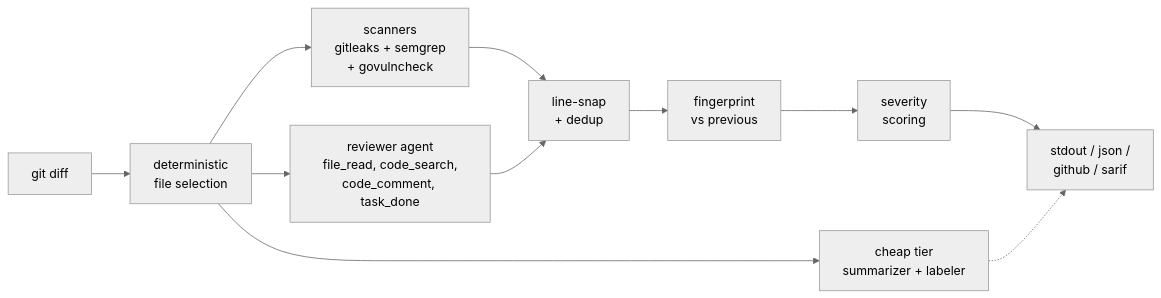
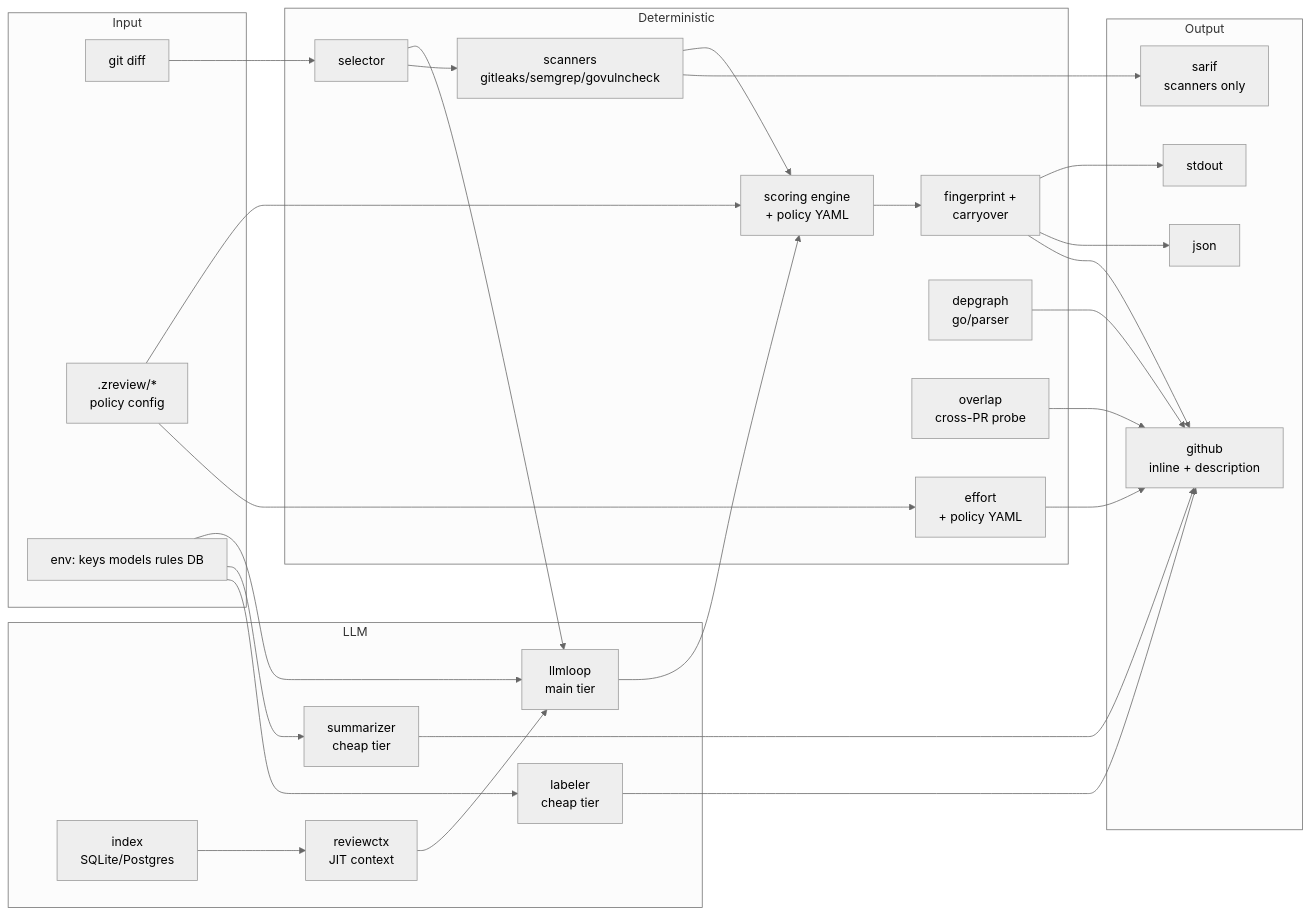
Before and after one commit to shubam-disseqt/shubam-ai-code-reviewer: the first of 3 diagrams in README.md, drawn with Mermaid (neutral theme). The commit also changed other lines of this file, not shown here.

````diff
--- a/README.md
+++ b/README.md
@@ -38,13 +125,52 @@
 ```mermaid
 flowchart LR
-  A[git diff] --> B[deterministic<br/>file selection]
-  B --> C[scanners<br/>gitleaks + semgrep<br/>+ govulncheck]
-  B --> D[cheap tier<br/>summarizer + labeler]
-  B --> E[reviewer agent<br/>file_read, code_search,<br/>code_comment, task_done]
-  C --> F[line-snap<br/>+ dedup]
-  E --> F
-  F --> G[fingerprint<br/>vs previous]
-  G --> H[severity<br/>scoring]
-  H --> I[stdout / json /<br/>github / sarif]
-  D -.-> I
+  subgraph Input
+    A1[git diff]
+    A2[.zreview/*<br/>policy config]
+    A3[env: keys models rules DB]
+  end
+
+  subgraph Deterministic
+    B1[selector]
+    B2[scanners<br/>gitleaks/semgrep/govulncheck]
+    B3[scoring engine<br/>+ policy YAML]
+    B4[fingerprint +<br/>carryover]
+    B5[effort<br/>+ policy YAML]
+    B6[depgraph<br/>go/parser]
+    B7[overlap<br/>cross-PR probe]
+  end
+
+  subgraph LLM
+    C1[llmloop<br/>main tier]
+    C2[summarizer<br/>cheap tier]
+    C3[labeler<br/>cheap tier]
+    C4[index<br/>SQLite/Postgres]
+    C5[reviewctx<br/>JIT context]
+  end
+
+  subgraph Output
+    D1[stdout]
+    D2[json]
+    D3[github<br/>inline + description]
+    D4[sarif<br/>scanners only]
+  end
+
+  A1 --> B1 --> C1
+  A2 --> B3
+  A2 --> B5
+  A3 --> C1
+  A3 --> C2
+  A3 --> C3
+  B1 --> B2 --> B3
+  C1 --> B3
+  B3 --> B4 --> D1
+  B4 --> D2
+  B4 --> D3
+  B2 --> D4
+  B5 --> D3
+  B6 --> D3
+  B7 --> D3
+  C2 --> D3
+  C3 --> D3
+  C4 --> C5 --> C1
 ```
````
